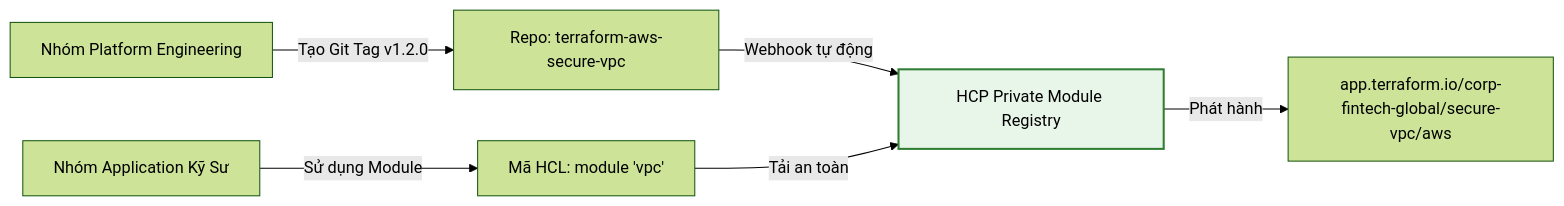
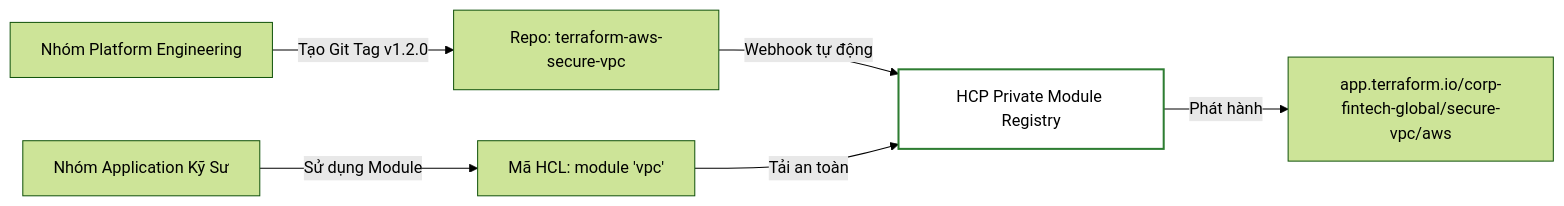
One commit to kiennt308/ntk changed the fourth of 6 diagrams in _posts/2026-09-13-terraform-27-27-quan-tri-ha-tang-doanh-nghiep-voi-hcp-terraform-cloud.md. Above: the diagram before and after it, drawn with Mermaid (forest theme). The commit also changed other lines of this file and 207 other files, not shown here.

Commit message:
feat(posts): batch standardize all 208 posts with TL;DR, qa-card accordion, fill:none mermaid, and liquid raw wrappers

````diff
--- a/_posts/2026-09-13-terraform-27-27-quan-tri-ha-tang-doanh-nghiep-voi-hcp-terraform-cloud.md
+++ b/_posts/2026-09-13-terraform-27-27-quan-tri-ha-tang-doanh-nghiep-voi-hcp-terraform-cloud.md
@@ -195,13 +199,13 @@
 ```mermaid
 flowchart LR
     DEV_TEAM["Nhóm Platform Engineering"] -->|Tạo Git Tag v1.2.0| GIT["Repo: terraform-aws-secure-vpc"]
     GIT -->|Webhook tự động| REG["HCP Private Module Registry"]
     REG -->|Phát hành| MOD["app.terraform.io/corp-fintech-global/secure-vpc/aws"]
     
     APP_DEV["Nhóm Application Kỹ Sư"] -->|Sử dụng Module| USE_CODE["Mã HCL: module 'vpc'"]
     USE_CODE -->|Tải an toàn| REG
 
-    style REG fill:#e8f5e9,stroke:#2e7d32,stroke-width:2px
+    style REG fill:none,stroke:#2e7d32,stroke-width:2px
 
 
 ```
````
